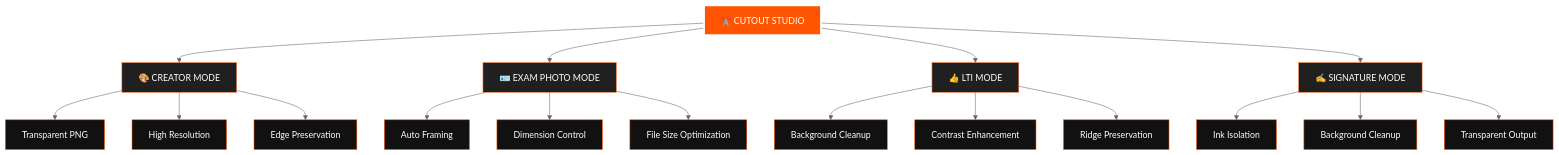
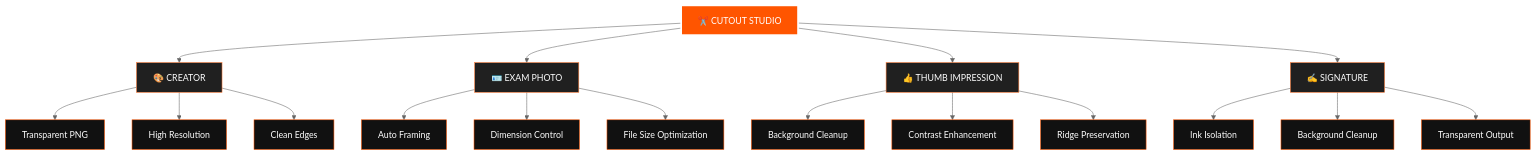
One commit to AkshatRaj00/cutout-studio changed the third of 8 diagrams in README.md. Above: the diagram before and after it, drawn with Mermaid (neutral theme). The commit also changed other lines of this file, not shown here.

````diff
--- a/README.md
+++ b/README.md
@@ -162,47 +123,47 @@
 ```mermaid
 flowchart TD
 
-    A["✂️ CUTOUT STUDIO"] --> B["🎨 CREATOR MODE"]
-    A --> C["🪪 EXAM PHOTO MODE"]
-    A --> D["👍 LTI MODE"]
-    A --> E["✍️ SIGNATURE MODE"]
+    A["✂️ CUTOUT STUDIO"] --> B["🎨 CREATOR"]
+    A --> C["🪪 EXAM PHOTO"]
+    A --> D["👍 THUMB IMPRESSION"]
+    A --> E["✍️ SIGNATURE"]
 
     B --> B1["Transparent PNG"]
     B --> B2["High Resolution"]
-    B --> B3["Edge Preservation"]
+    B --> B3["Clean Edges"]
 
     C --> C1["Auto Framing"]
     C --> C2["Dimension Control"]
     C --> C3["File Size Optimization"]
 
     D --> D1["Background Cleanup"]
     D --> D2["Contrast Enhancement"]
     D --> D3["Ridge Preservation"]
 
     E --> E1["Ink Isolation"]
     E --> E2["Background Cleanup"]
     E --> E3["Transparent Output"]
 
     style A fill:#ff5500,stroke:#ffffff,stroke-width:3px,color:#ffffff
 
     style B fill:#202020,stroke:#ff7a35,color:#ffffff
     style C fill:#202020,stroke:#ff7a35,color:#ffffff
     style D fill:#202020,stroke:#ff7a35,color:#ffffff
     style E fill:#202020,stroke:#ff7a35,color:#ffffff
 
     style B1 fill:#111111,stroke:#ff5500,color:#ffffff
     style B2 fill:#111111,stroke:#ff5500,color:#ffffff
     style B3 fill:#111111,stroke:#ff5500,color:#ffffff
 
     style C1 fill:#111111,stroke:#ff5500,color:#ffffff
     style C2 fill:#111111,stroke:#ff5500,color:#ffffff
     style C3 fill:#111111,stroke:#ff5500,color:#ffffff
 
     style D1 fill:#111111,stroke:#ff5500,color:#ffffff
     style D2 fill:#111111,stroke:#ff5500,color:#ffffff
     style D3 fill:#111111,stroke:#ff5500,color:#ffffff
 
     style E1 fill:#111111,stroke:#ff5500,color:#ffffff
     style E2 fill:#111111,stroke:#ff5500,color:#ffffff
     style E3 fill:#111111,stroke:#ff5500,color:#ffffff
 ```
````
